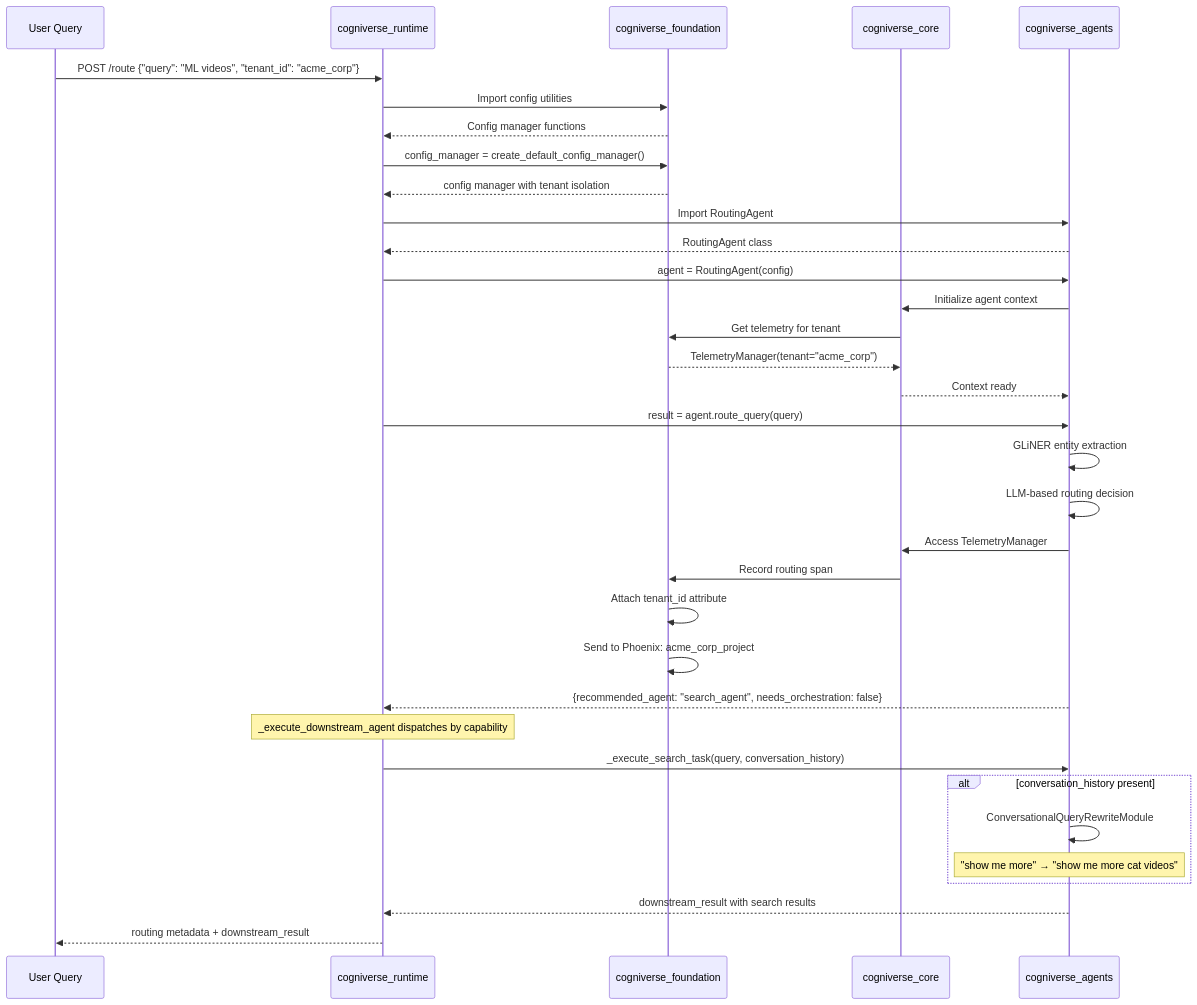
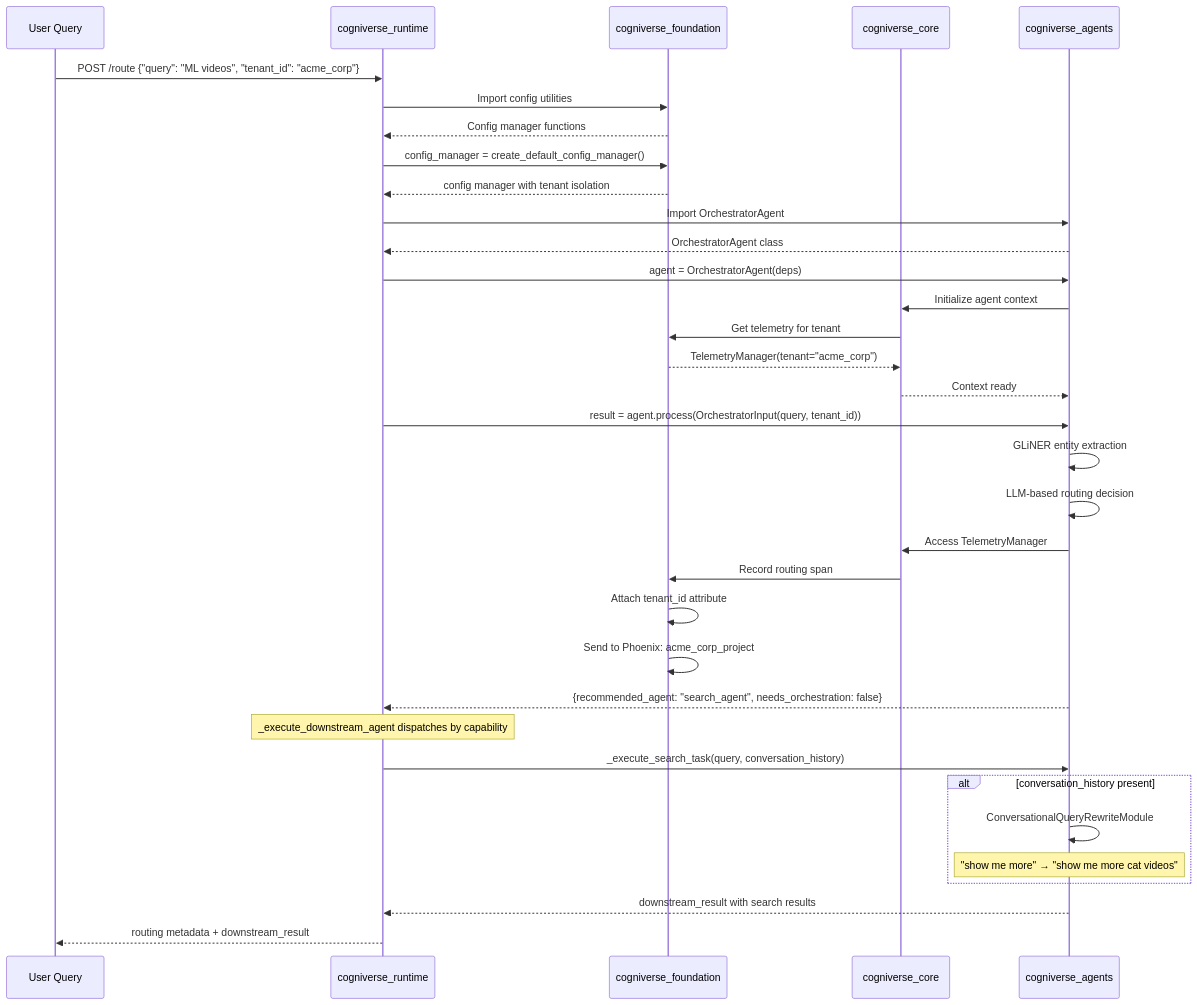
Before and after one commit to amit-jain/cogniverse: the ninth of 17 diagrams in docs/diagrams/sdk-architecture-diagrams.md, drawn with Mermaid. The commit also changed other lines of this file and 75 other files, not shown here.

First line of the commit message:
Remove RoutingAgent and replace with OrchestratorAgent dispatch

````diff
--- a/docs/diagrams/sdk-architecture-diagrams.md
+++ b/docs/diagrams/sdk-architecture-diagrams.md
@@ -438,47 +438,47 @@
 ```mermaid
 sequenceDiagram
     participant User as User Query
     participant Runtime as cogniverse_runtime
     participant Foundation as cogniverse_foundation
     participant Core as cogniverse_core
     participant Agents as cogniverse_agents
 
     User->>Runtime: POST /route {"query": "ML videos", "tenant_id": "acme_corp"}
 
     Runtime->>Foundation: Import config utilities
     Foundation-->>Runtime: Config manager functions
 
     Runtime->>Foundation: config_manager = create_default_config_manager()
     Foundation-->>Runtime: config manager with tenant isolation
 
-    Runtime->>Agents: Import RoutingAgent
-    Agents-->>Runtime: RoutingAgent class
+    Runtime->>Agents: Import OrchestratorAgent
+    Agents-->>Runtime: OrchestratorAgent class
 
-    Runtime->>Agents: agent = RoutingAgent(config)
+    Runtime->>Agents: agent = OrchestratorAgent(deps)
     Agents->>Core: Initialize agent context
     Core->>Foundation: Get telemetry for tenant
     Foundation-->>Core: TelemetryManager(tenant="acme_corp")
     Core-->>Agents: Context ready
 
-    Runtime->>Agents: result = agent.route_query(query)
+    Runtime->>Agents: result = agent.process(OrchestratorInput(query, tenant_id))
     Agents->>Agents: GLiNER entity extraction
     Agents->>Agents: LLM-based routing decision
 
     Agents->>Core: Access TelemetryManager
     Core->>Foundation: Record routing span
     Foundation->>Foundation: Attach tenant_id attribute
     Foundation->>Foundation: Send to Phoenix: acme_corp_project
 
     Agents-->>Runtime: {recommended_agent: "search_agent", needs_orchestration: false}
 
     Note over Runtime: _execute_downstream_agent dispatches by capability
     Runtime->>Agents: _execute_search_task(query, conversation_history)
 
     alt conversation_history present
         Agents->>Agents: ConversationalQueryRewriteModule
         Note over Agents: "show me more" → "show me more cat videos"
     end
 
     Agents-->>Runtime: downstream_result with search results
     Runtime-->>User: routing metadata + downstream_result
 ```
````
